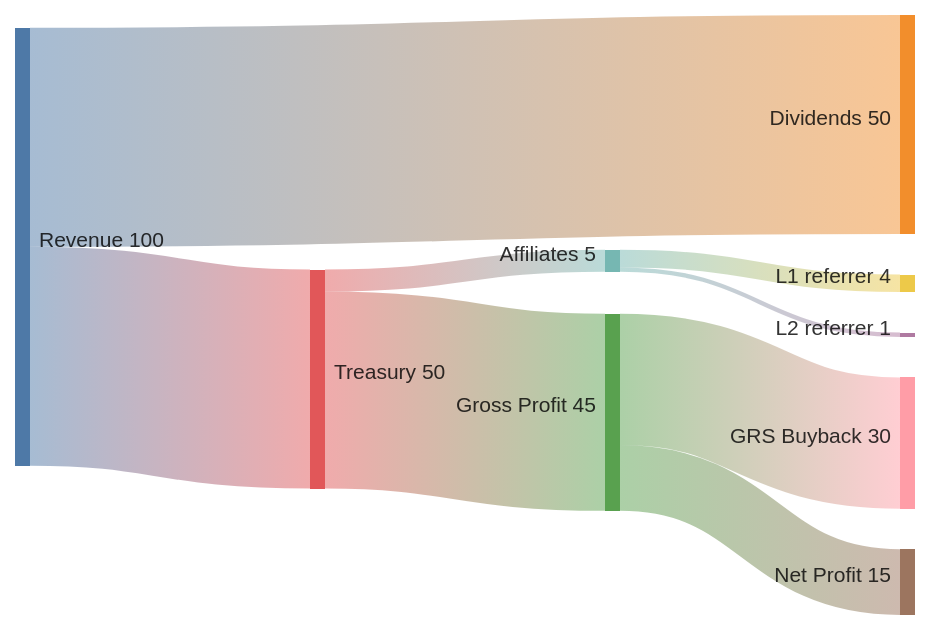
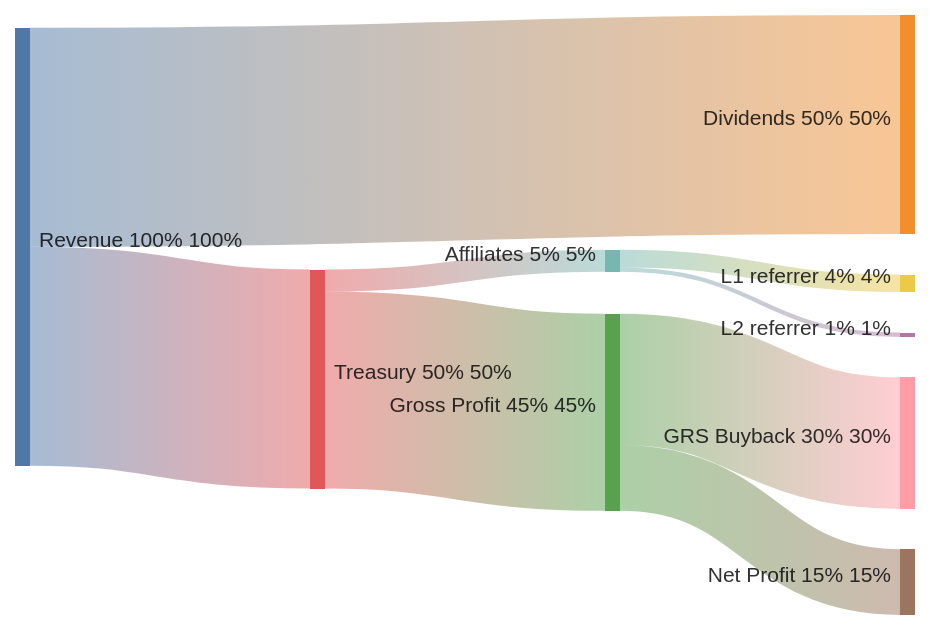
Before and after one commit to grindurus/grindurus-docs: the diagram in general/overview.md, drawn with Mermaid. The commit also changed other lines of this file, not shown here.

Commit message:
Refine revenue distribution details in overview.md for improved clarity. Updated percentage allocations and descriptions to accurately reflect the financial flow, enhancing understanding of dividends and treasury allocations within the protocol.

````diff
--- a/general/overview.md
+++ b/general/overview.md
@@ -128,18 +128,19 @@
 ```mermaid
 ---
 config:
   sankey:
     showValues: true
     linkColor: gradient
+    suffix: "%"
 ---
 sankey-beta
 
-Revenue,Dividends,50%
-Revenue,Treasury,50%
-Treasury,Affiliates,5%
-Treasury,Gross Profit,45%
-Affiliates,L1 referrer,4%
-Affiliates,L2 referrer,1%
-Gross Profit,GRS Buyback,30%
-Gross Profit,Net Profit ,15%
+Revenue 100%,Dividends 50%,50
+Revenue 100%,Treasury 50%,50
+Treasury 50%,Affiliates 5%,5
+Treasury 50%,Gross Profit 45%,45
+Affiliates 5%,L1 referrer 4%,4
+Affiliates 5%,L2 referrer 1%,1
+Gross Profit 45%,GRS Buyback 30%,30
+Gross Profit 45%,Net Profit 15%,15
 ```
````
